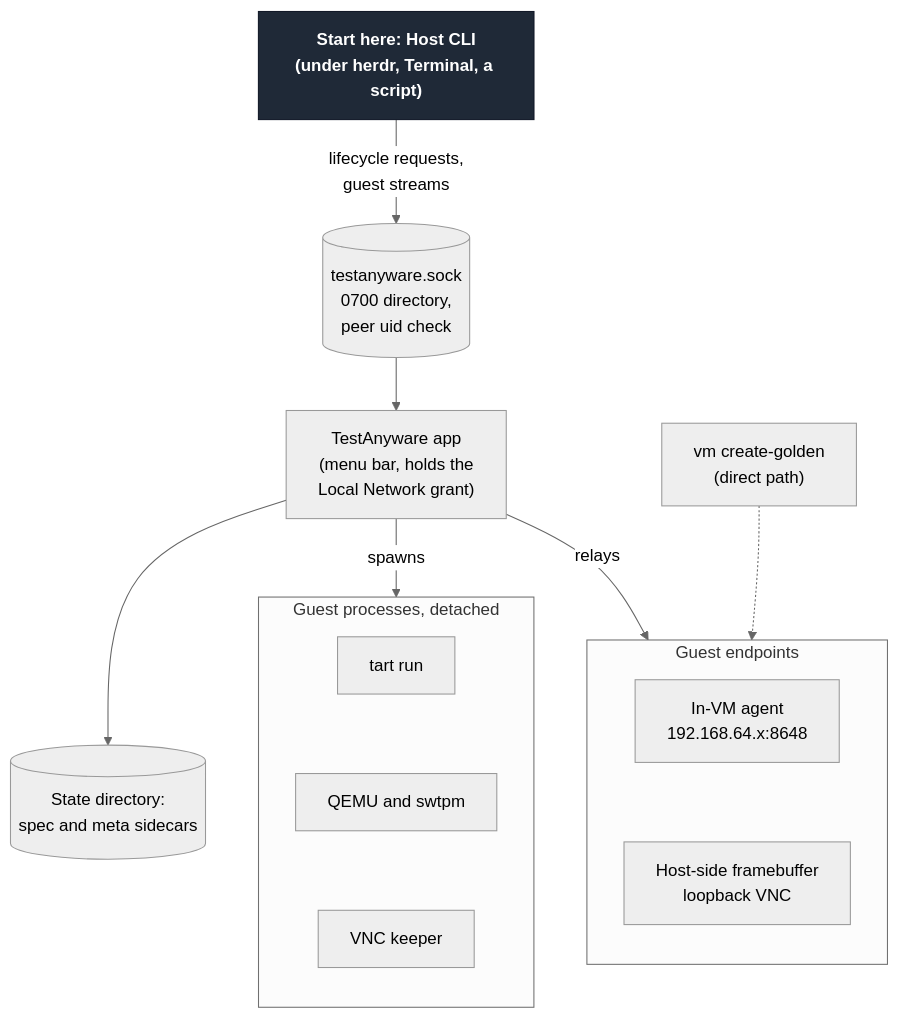
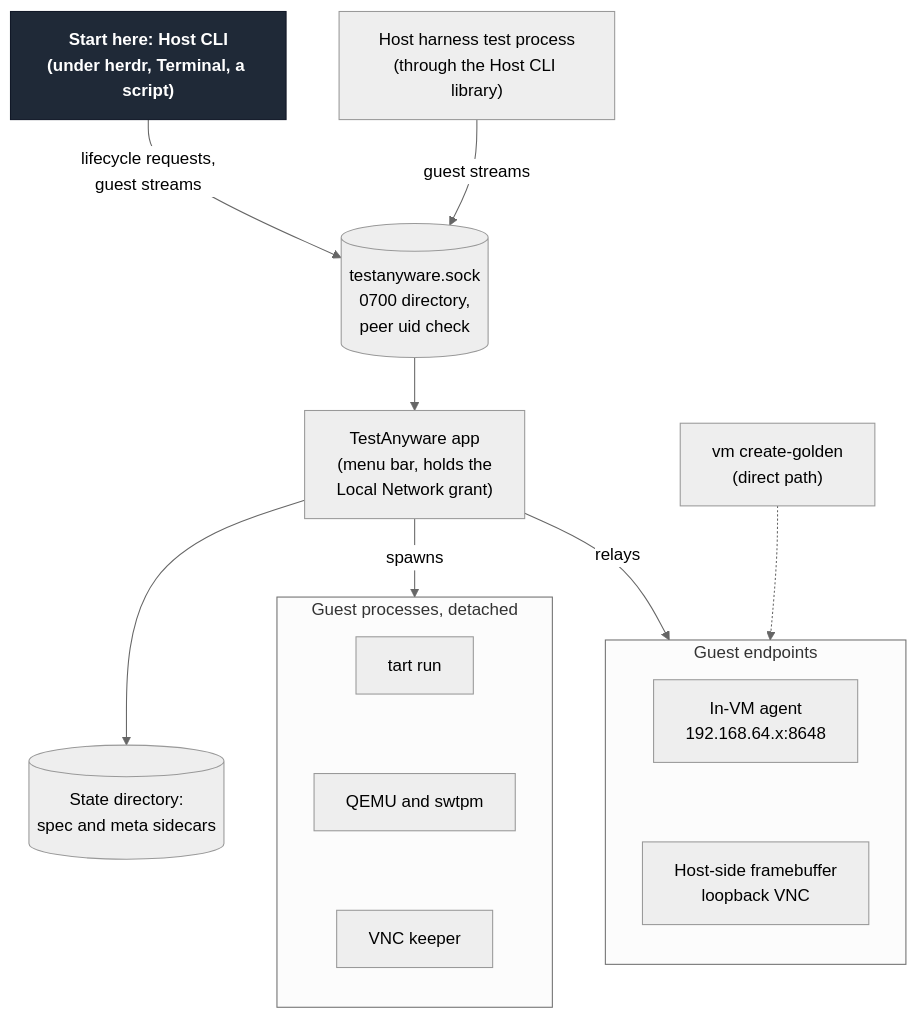
Before and after one commit to Linkuistics/TestAnyware: the first of 11 diagrams in docs/specs/testanyware-app.md, drawn with Mermaid (neutral theme). The commit also changed other lines of this file and 14 other files, not shown here.

First line of the commit message:
grove(app-all-guest-traffic-k42): route every guest dial on a macOS host through the app, except golden creation, and cut the planning leaf

````diff
--- a/docs/specs/testanyware-app.md
+++ b/docs/specs/testanyware-app.md
@@ -50,27 +58,29 @@
 ```mermaid
 flowchart TD
   cli["Start here: Host CLI<br/>(under herdr, Terminal, a script)"]:::start
+  tests["Host harness test process<br/>(through the Host CLI library)"]
   sock[("testanyware.sock<br/>0700 directory,<br/>peer uid check")]
   app["TestAnyware app<br/>(menu bar, holds the<br/>Local Network grant)"]
   state[("State directory:<br/>spec and meta sidecars")]
   subgraph guests["Guest processes, detached"]
     direction TB
     tart["tart run"]
     qemu["QEMU and swtpm"]
     keeper["VNC keeper"]
     tart ~~~ qemu ~~~ keeper
   end
   subgraph endpoints["Guest endpoints"]
     direction TB
     agent["In-VM agent<br/>192.168.64.x:8648"]
     fb["Host-side framebuffer<br/>loopback VNC"]
     agent ~~~ fb
   end
   golden["vm create-golden<br/>(direct path)"]
   cli -- "lifecycle requests,<br/>guest streams" --> sock --> app
+  tests -- "guest streams" --> sock
   app --> state
   app -- "spawns" --> guests
   app -- "relays" --> endpoints
   golden -.-> endpoints
   classDef start fill:#1f2937,stroke:#111827,color:#ffffff,font-weight:bold
 ```
````
